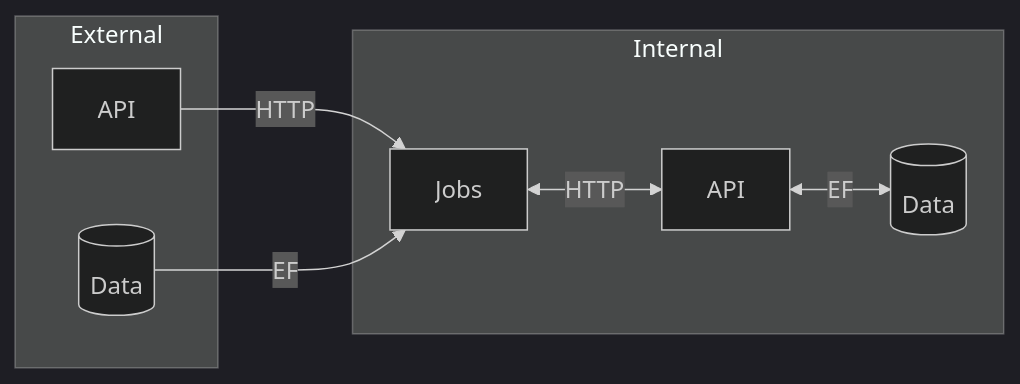
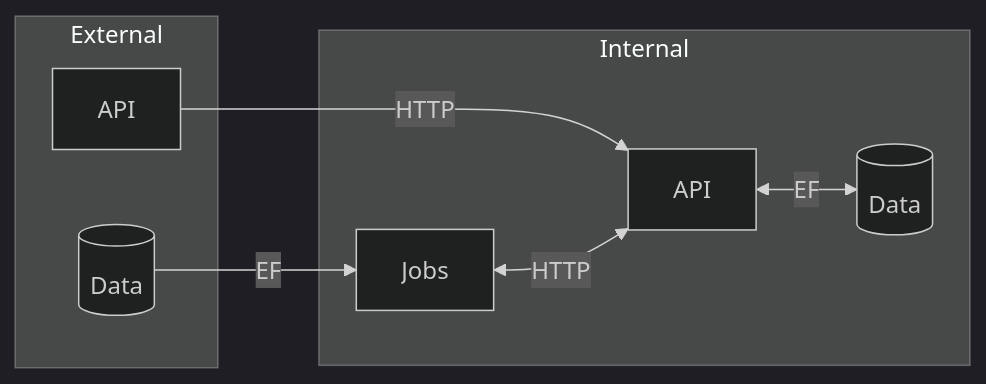
The diagram in doc/building-block-view.md (Xoechz/DITO), drawn with Mermaid (dark theme) before and after one commit.

```diff
--- a/doc/building-block-view.md
+++ b/doc/building-block-view.md
@@ -1,19 +1,19 @@
 :::mermaid
 flowchart LR
 subgraph Internal
 API;
 Jobs;
 DB[(Data)];
 end
 subgraph External
 eAPI[API];
 eDB[(Data)];
 end
 
-eAPI --HTTP--> Jobs;
+eAPI --HTTP--> API;
 eDB --EF--> Jobs;
 
 Jobs <--HTTP--> API;
 API <--EF--> DB;
 
 :::
```
